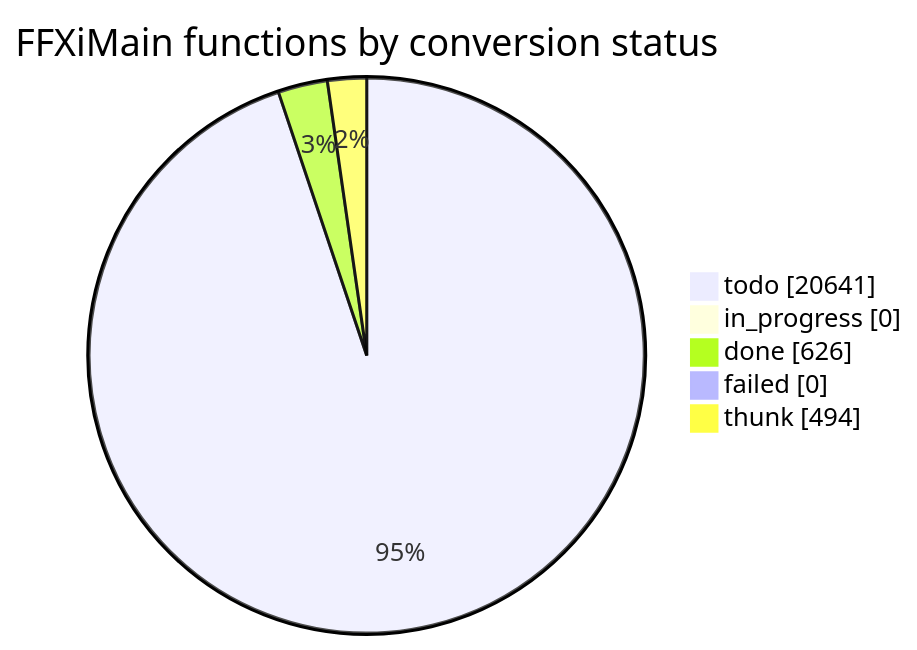
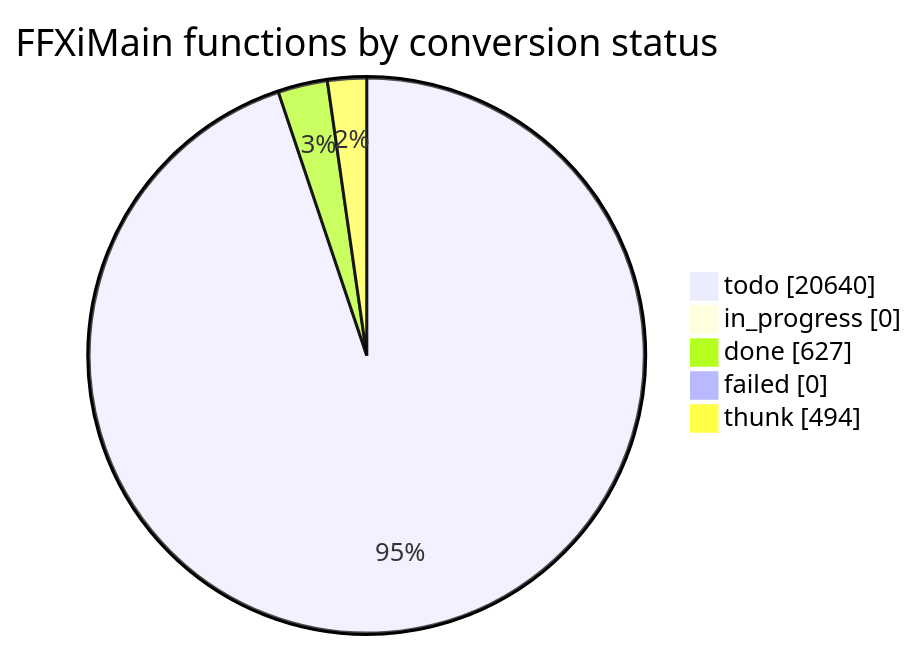
One commit to cowrevenge/cow_kuluu_xi_anything changed the diagram in docs/cow/STATUS.md. Above: the diagram before and after it, drawn with Mermaid. The commit also changed other lines of this file and 9 other files, not shown here.

````diff
--- a/docs/cow/STATUS.md
+++ b/docs/cow/STATUS.md
@@ -18,9 +18,9 @@
 ```mermaid
 pie showData
     title FFXiMain functions by conversion status
-    "todo" : 20641
+    "todo" : 20640
     "in_progress" : 0
-    "done" : 626
+    "done" : 627
     "failed" : 0
     "thunk" : 494
 ```
````
